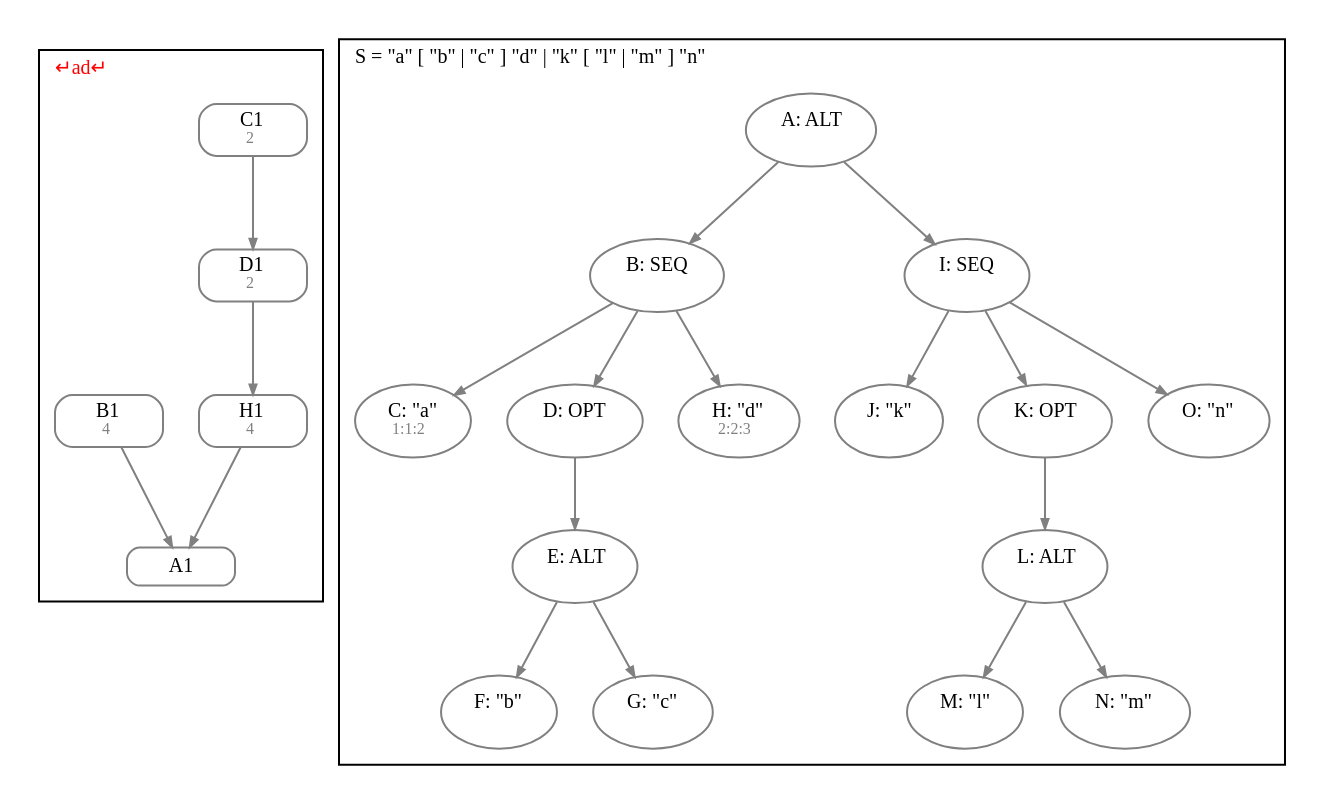
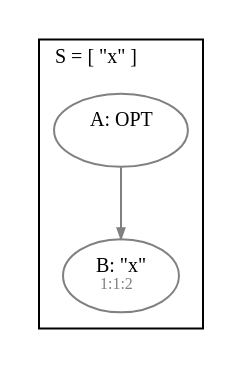
Before and after one commit to JanWillemBrands/AoC2021: the diagram in diagram.gv, drawn with Graphviz. The commit also changed 11 other files, not shown here.

```diff
--- a/diagram.gv
+++ b/diagram.gv
@@ -1,57 +1,23 @@
 digraph G {
   fontname = Menlo
   fontsize = 10
       node [fontname = Menlo, fontsize = 10, color = gray]
       edge [fontname = Menlo, fontsize = 10, color = gray, arrowsize = 0.5]
 
   graph [ordering = out]
   subgraph GSS {
     cluster = true
-    label = <↵ad↵> fontcolor = red
+    label = <↵x↵> fontcolor = red
     labeljust = l
     node [shape = box, style = rounded, height = 0]
-    H1 [label = <H1<br/><font color="gray" point-size="8.0"> 4</font>>]
-    H1 -> A1
-    D1 [label = <D1<br/><font color="gray" point-size="8.0"> 2</font>>]
-    D1 -> H1
-    C1 [label = <C1<br/><font color="gray" point-size="8.0"> 2</font>>]
-    C1 -> D1
-    B1 [label = <B1<br/><font color="gray" point-size="8.0"> 4</font>>]
-    B1 -> A1
   }
   subgraph S {
     cluster = true
-    label = <S = "a" [ "b" | "c" ] "d" | "k" [ "l" | "m" ] "n">
+    label = <S = [ "x" ]>
     labeljust = l
     node [shape = ellipse, height = 0]
-    A [label = <A: ALT<br/><font color="gray" point-size="8.0"> </font>>]
+    A [label = <A: OPT<br/><font color="gray" point-size="8.0"> </font>>]
     A -> B
-    B [label = <B: SEQ<br/><font color="gray" point-size="8.0"> </font>>]
-    B -> C
-    C [label = <C: "a"<br/><font color="gray" point-size="8.0"> 1:1:2</font>>]
-    B -> D
-    D [label = <D: OPT<br/><font color="gray" point-size="8.0"> </font>>]
-    D -> E
-    E [label = <E: ALT<br/><font color="gray" point-size="8.0"> </font>>]
-    E -> F
-    F [label = <F: "b"<br/><font color="gray" point-size="8.0"> </font>>]
-    E -> G
-    G [label = <G: "c"<br/><font color="gray" point-size="8.0"> </font>>]
-    B -> H
-    H [label = <H: "d"<br/><font color="gray" point-size="8.0"> 2:2:3</font>>]
-    A -> I
-    I [label = <I: SEQ<br/><font color="gray" point-size="8.0"> </font>>]
-    I -> J
-    J [label = <J: "k"<br/><font color="gray" point-size="8.0"> </font>>]
-    I -> K
-    K [label = <K: OPT<br/><font color="gray" point-size="8.0"> </font>>]
-    K -> L
-    L [label = <L: ALT<br/><font color="gray" point-size="8.0"> </font>>]
-    L -> M
-    M [label = <M: "l"<br/><font color="gray" point-size="8.0"> </font>>]
-    L -> N
-    N [label = <N: "m"<br/><font color="gray" point-size="8.0"> </font>>]
-    I -> O
-    O [label = <O: "n"<br/><font color="gray" point-size="8.0"> </font>>]
+    B [label = <B: "x"<br/><font color="gray" point-size="8.0"> 1:1:2</font>>]
   }
 }
```
